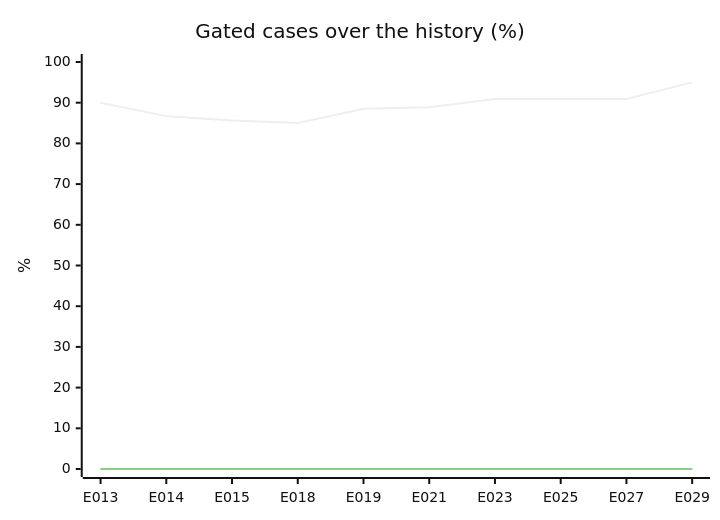
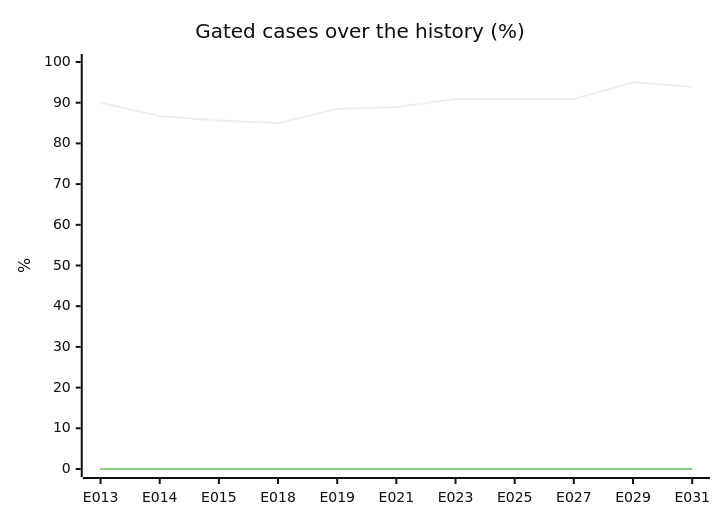
One commit to acarbonellb/anti-fraud-agent changed the first of 2 diagrams in evals/report.md. Above: the diagram before and after it, drawn with Mermaid (neutral theme). The commit also changed other lines of this file and 141 other files, not shown here.

````diff
--- a/evals/report.md
+++ b/evals/report.md
@@ -55,9 +56,9 @@
 ```mermaid
 xychart-beta
   title "Gated cases over the history (%)"
-  x-axis [E013, E014, E015, E018, E019, E021, E023, E025, E027, E029]
+  x-axis [E013, E014, E015, E018, E019, E021, E023, E025, E027, E029, E031]
   y-axis "%" 0 --> 100
-  line [90, 86.7, 85.6, 85, 88.5, 88.9, 90.9, 90.9, 90.9, 95]
-  line [0, 0, 0, 0, 0, 0, 0, 0, 0, 0]
-  line [0, 0, 0, 0, 0, 0, 0, 0, 0, 0]
+  line [90, 86.7, 85.6, 85, 88.5, 88.9, 90.9, 90.9, 90.9, 95, 93.9]
+  line [0, 0, 0, 0, 0, 0, 0, 0, 0, 0, 0]
+  line [0, 0, 0, 0, 0, 0, 0, 0, 0, 0, 0]
 ```
````
